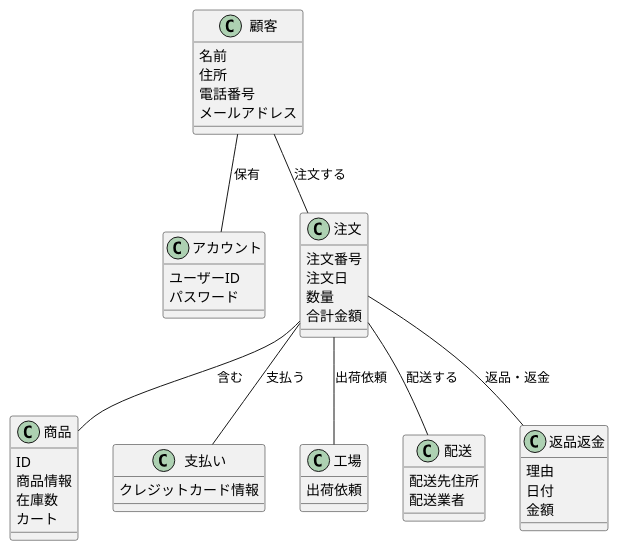
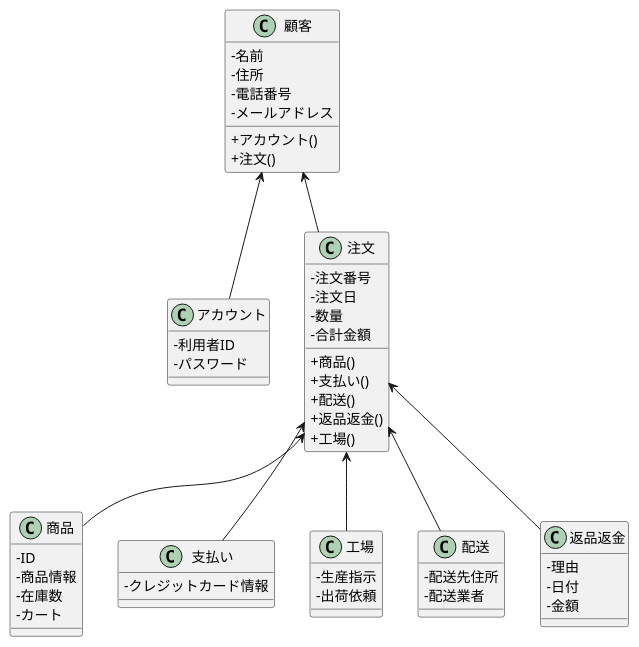
The diagram in group/mail order/class.pu (YoshinagaSho/ohara_uml), drawn with PlantUML before and after one commit. The commit also changed 3 other files, not shown here.

```diff
--- a/group/mail order/class.pu
+++ b/group/mail order/class.pu
@@ -1,57 +1,65 @@
 @startuml 通販クラス図
 skinparam classAttributeIconSize 0
 
 class 顧客 {
-  名前
-  住所
-  電話番号
-  メールアドレス
+  - 名前
+  - 住所
+  - 電話番号
+  - メールアドレス
+  + アカウント()
+  + 注文()
 }
 
 class アカウント {
-  ユーザーID
-  パスワード
+  - 利用者ID
+  - パスワード
 }
 
 class 商品 {
-  ID
-  商品情報
-  在庫数
-  カート
+  - ID
+  - 商品情報
+  - 在庫数
+  - カート
 }
 
 class 注文 {
-  注文番号
-  注文日
-  数量
-  合計金額
+  - 注文番号
+  - 注文日
+  - 数量
+  - 合計金額
+  + 商品()
+  + 支払い()
+  + 配送()
+  + 返品返金()
+  + 工場()
 }
 
 class 支払い {
-  クレジットカード情報
+  - クレジットカード情報
 }
 
 class 工場 {
-  出荷依頼
+  - 生産指示
+  - 出荷依頼
 }
 
 class 配送 {
-  配送先住所
-  配送業者
+  - 配送先住所
+  - 配送業者
 }
 
 class 返品返金 {
-  理由
-  日付
-  金額
+  - 理由
+  - 日付
+  - 金額
 }
 
-顧客 -- アカウント : 保有
-顧客 -- 注文 : 注文する
-注文 -- 商品 : 含む
-注文 -- 支払い : 支払う
-注文 -- 配送 : 配送する
-注文 -- 返品返金 : 返品・返金
-注文 -- 工場 : 出荷依頼
+顧客 <-- アカウント
+顧客 <-- 注文
+注文 <-- 商品
+注文 <-- 支払い
+注文 <-- 配送
+注文 <-- 返品返金
+注文 <-- 工場
 
 @enduml
```
